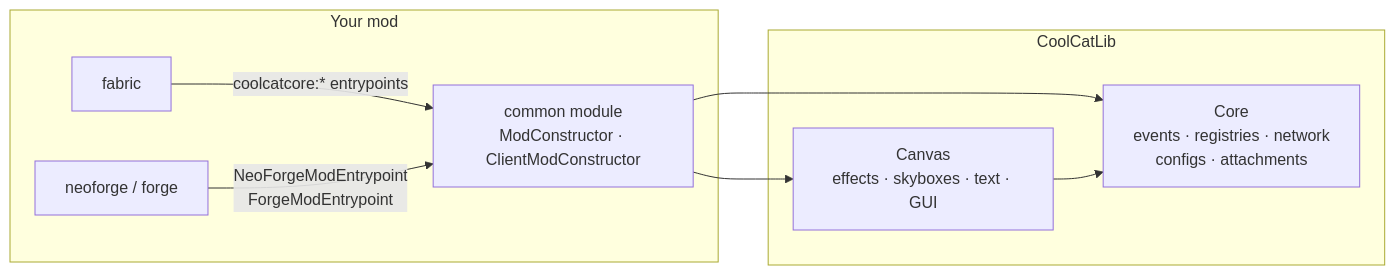
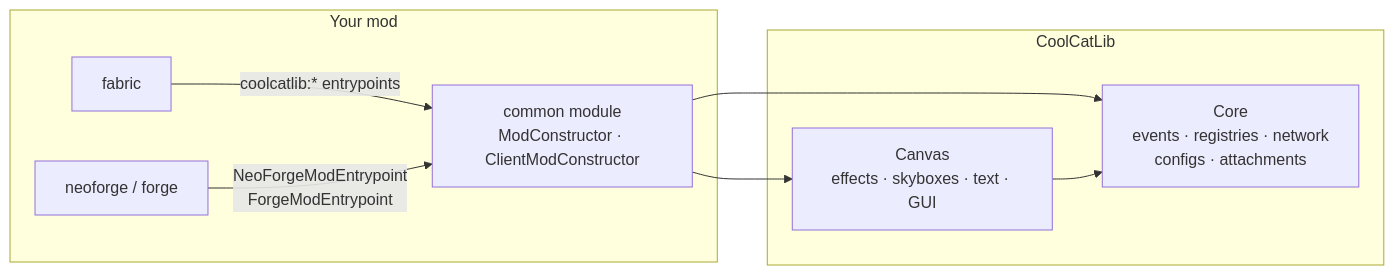
One commit to ixDarkLorD/CoolCatLib changed the diagram in docs/index.md. Above: the diagram before and after it, drawn with Mermaid. The commit also changed other lines of this file and 9 other files, not shown here.

````diff
--- a/docs/index.md
+++ b/docs/index.md
@@ -116,17 +119,17 @@
 ```mermaid
 flowchart LR
     subgraph YourMod["Your mod"]
         C["common module<br/>ModConstructor · ClientModConstructor"]
         F["fabric"]
         N["neoforge / forge"]
     end
     subgraph CCL["CoolCatLib"]
         CORE["Core<br/>events · registries · network<br/>configs · attachments"]
         CANVAS["Canvas<br/>effects · skyboxes · text · GUI"]
     end
-    F -- "coolcatcore:* entrypoints" --> C
+    F -- "coolcatlib:* entrypoints" --> C
     N -- "NeoForgeModEntrypoint<br/>ForgeModEntrypoint" --> C
     C --> CORE
     C --> CANVAS
     CANVAS --> CORE
 ```
````
